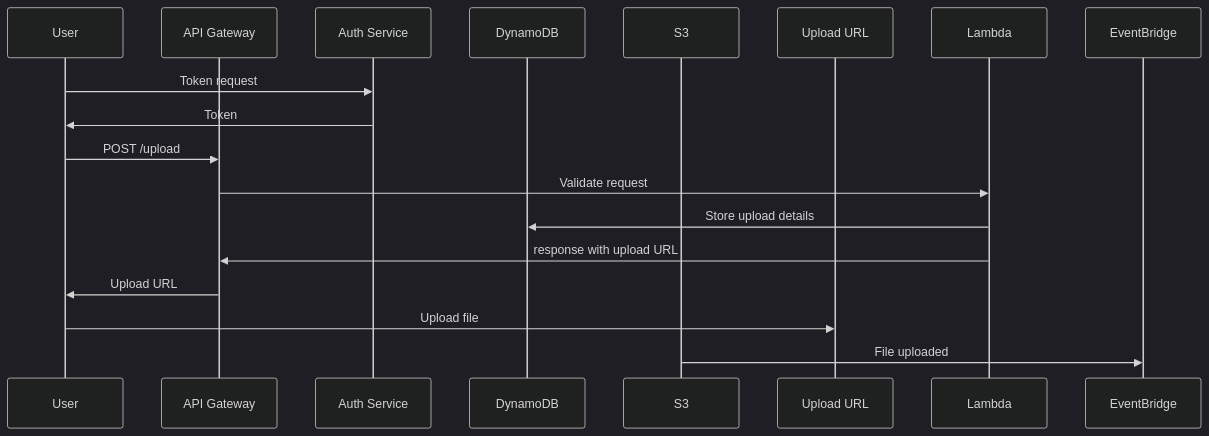
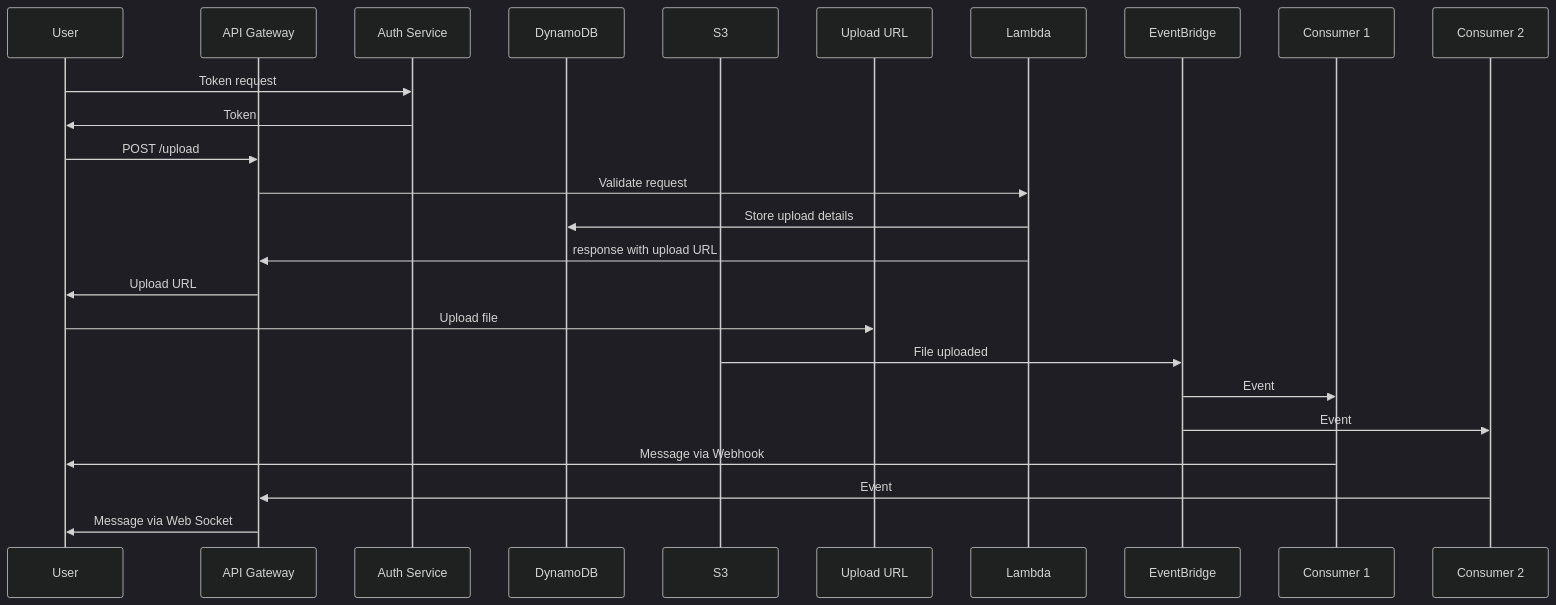
The diagram in README.md (jagreehal/client-file-uploader), drawn with Mermaid (dark theme) before and after one commit. The commit also changed other lines of this file, not shown here.

````diff
--- a/README.md
+++ b/README.md
@@ -7,19 +7,27 @@
 ```mermaid
 sequenceDiagram
     participant User
     participant API Gateway
     participant Auth Service
     participant DynamoDB
     participant S3
     participant Upload URL
     participant Lambda
+    participant EventBridge
+    participant Consumer 1
+    participant Consumer 2
     User->>Auth Service: Token request
     Auth Service->>User: Token
     User->>API Gateway: POST /upload
     API Gateway->>Lambda: Validate request
     Lambda->>DynamoDB: Store upload details
     Lambda->>API Gateway: response with upload URL
     API Gateway->>User: Upload URL
     User->>Upload URL: Upload file
     S3->>EventBridge: File uploaded
+    EventBridge->>Consumer 1: Event
+    EventBridge->>Consumer 2: Event
+    Consumer 1->>User: Message via Webhook
+    Consumer 2->>API Gateway: Event
+    API Gateway->>User: Message via Web Socket
 ```
````
